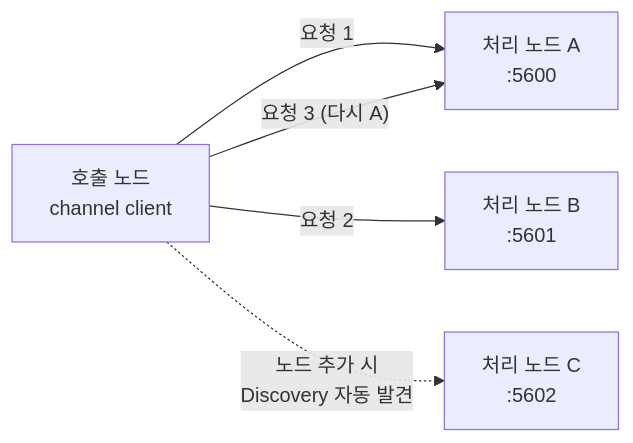
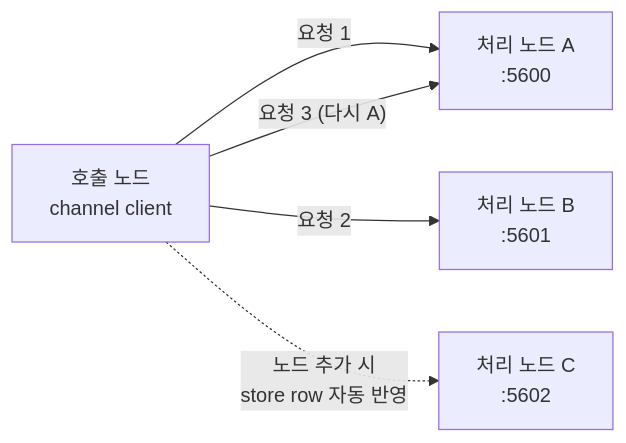
The second of 3 diagrams in framework/doc/framework/dotnet/guide/04-channel-messaging.ko.md (kairos-code-dev/zlink), drawn with Mermaid before and after one commit. The commit also changed other lines of this file and 30 other files, not shown here.

````diff
--- a/framework/doc/framework/dotnet/guide/04-channel-messaging.ko.md
+++ b/framework/doc/framework/dotnet/guide/04-channel-messaging.ko.md
@@ -539,7 +539,7 @@
 ```mermaid
 graph LR
     C["호출 노드<br/>channel client"] -->|"요청 1"| A["처리 노드 A<br/>:5600"]
     C -->|"요청 2"| B["처리 노드 B<br/>:5601"]
     C -->|"요청 3 (다시 A)"| A
-    C -.->|"노드 추가 시<br/>Discovery 자동 발견"| D["처리 노드 C<br/>:5602"]
+    C -.->|"노드 추가 시<br/>store row 자동 반영"| D["처리 노드 C<br/>:5602"]
 ```
````
